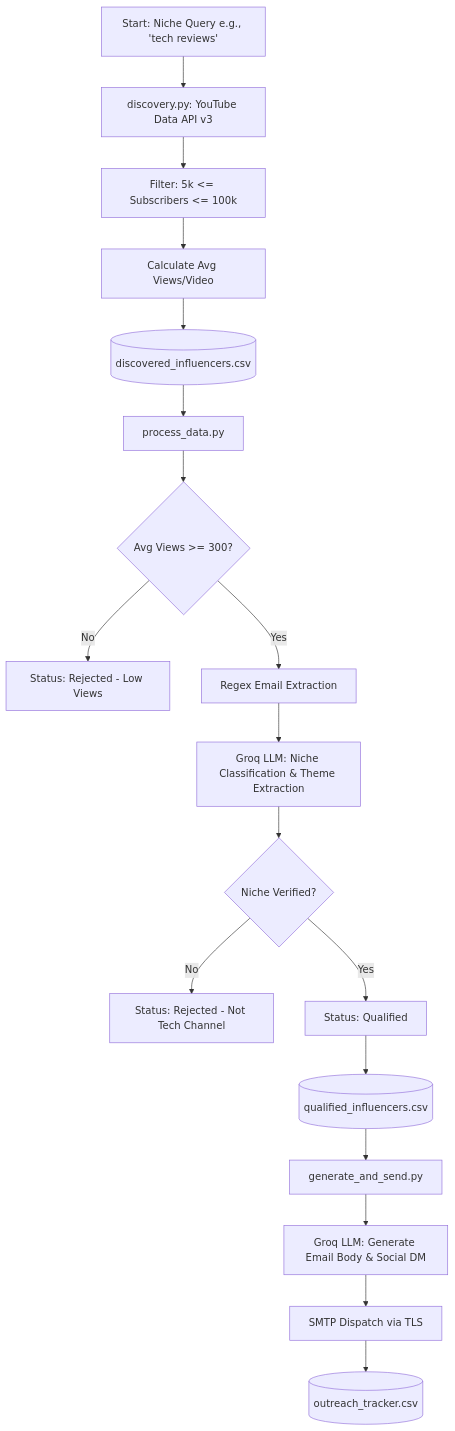
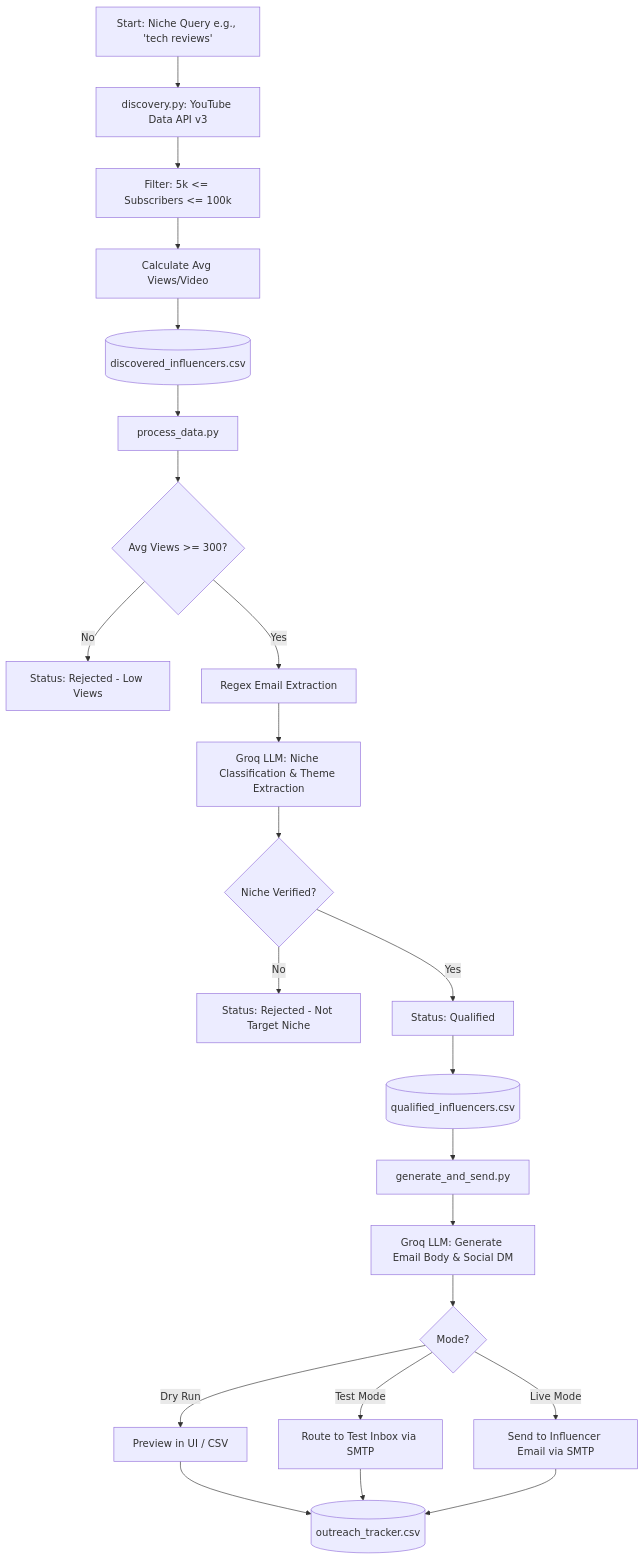
Before and after one commit to Sanyam26362/micro-influencer-outreach: the diagram in README.md, drawn with Mermaid. The commit also changed other lines of this file and 10 other files, not shown here.

````diff
--- a/README.md
+++ b/README.md
@@ -47,22 +47,25 @@
 ```mermaid
 flowchart TD
     A[Start: Niche Query e.g., 'tech reviews'] --> B[discovery.py: YouTube Data API v3]
     B --> C[Filter: 5k <= Subscribers <= 100k]
     C --> D[Calculate Avg Views/Video]
     D --> E[(discovered_influencers.csv)]
     
     E --> F[process_data.py]
     F --> G{Avg Views >= 300?}
     G -- No --> H[Status: Rejected - Low Views]
     G -- Yes --> I[Regex Email Extraction]
     I --> J[Groq LLM: Niche Classification & Theme Extraction]
     J --> K{Niche Verified?}
-    K -- No --> L[Status: Rejected - Not Tech Channel]
+    K -- No --> L[Status: Rejected - Not Target Niche]
     K -- Yes --> M[Status: Qualified]
     M --> N[(qualified_influencers.csv)]
     
     N --> O[generate_and_send.py]
     O --> P[Groq LLM: Generate Email Body & Social DM]
-    P --> Q[SMTP Dispatch via TLS]
-    Q --> R[(outreach_tracker.csv)]
+    P --> Q{Mode?}
+    Q -- Dry Run --> R1[Preview in UI / CSV]
+    Q -- Test Mode --> R2[Route to Test Inbox via SMTP]
+    Q -- Live Mode --> R3[Send to Influencer Email via SMTP]
+    R1 & R2 & R3 --> S[(outreach_tracker.csv)]
 ```
````
